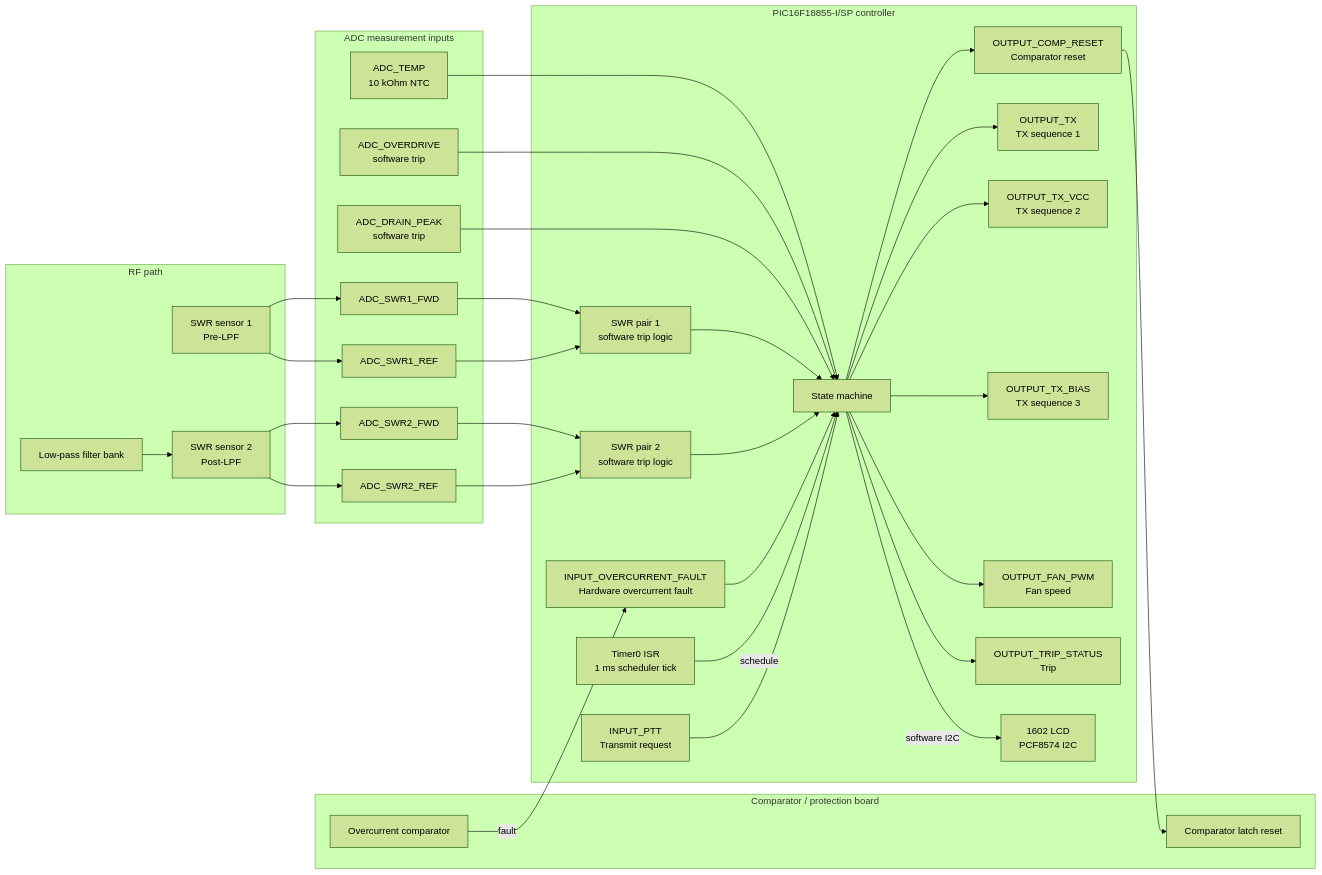
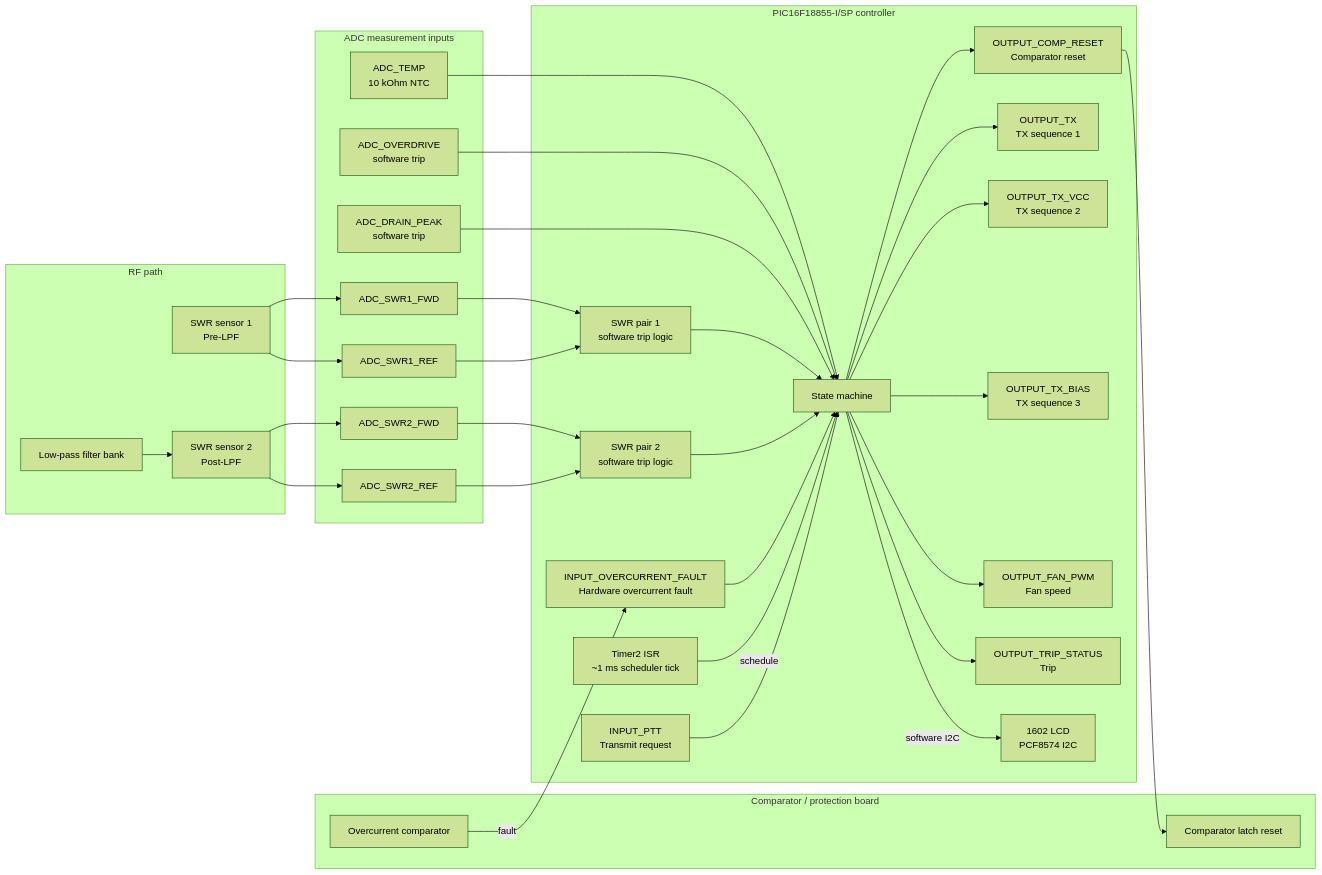
The diagram in README.md (sjk7/PicAmpControl), drawn with Mermaid (forest theme) before and after one commit. The commit also changed other lines of this file and 5 other files, not shown here.

Commit message:
Synchronize docs diagrams and scenario traces

````diff
--- a/README.md
+++ b/README.md
@@ -47,69 +51,69 @@
 ```mermaid
 flowchart LR
     subgraph RF["RF path"]
         PRE["SWR sensor 1\nPre-LPF"]
         FILTER["Low-pass filter bank"]
         POST["SWR sensor 2\nPost-LPF"]
     end
 
     subgraph ADC["ADC measurement inputs"]
         PRE_FWD["ADC_SWR1_FWD"]
         PRE_REF["ADC_SWR1_REF"]
         POST_FWD["ADC_SWR2_FWD"]
         POST_REF["ADC_SWR2_REF"]
         TEMP["ADC_TEMP\n10 kOhm NTC"]
         OVERDRIVE["ADC_OVERDRIVE\nsoftware trip"]
         DRAIN_ADC["ADC_DRAIN_PEAK\nsoftware trip"]
     end
 
     subgraph ComparatorBoard["Comparator / protection board"]
         OC["Overcurrent comparator"]
         COMP_RESET["Comparator latch reset"]
     end
 
     subgraph MCU["PIC16F18855-I/SP controller"]
         PTT["INPUT_PTT\nTransmit request"]
         RESET["OUTPUT_COMP_RESET\nComparator reset"]
         HARD["INPUT_OVERCURRENT_FAULT\nHardware overcurrent fault"]
-        TICK["Timer0 ISR\n1 ms scheduler tick"]
+        TICK["Timer2 ISR\n~1 ms scheduler tick"]
         STATE["State machine"]
         SWR1["SWR pair 1\nsoftware trip logic"]
         SWR2["SWR pair 2\nsoftware trip logic"]
         TX["OUTPUT_TX\nTX sequence 1"]
         TXVCC["OUTPUT_TX_VCC\nTX sequence 2"]
         TXBIAS["OUTPUT_TX_BIAS\nTX sequence 3"]
         FAN["OUTPUT_FAN_PWM\nFan speed"]
         TRIP["OUTPUT_TRIP_STATUS\nTrip"]
         LCD["1602 LCD\nPCF8574 I2C"]
     end
 
     PRE --> PRE_FWD
     PRE --> PRE_REF
     FILTER --> POST
     POST --> POST_FWD
     POST --> POST_REF
 
     PRE_FWD --> SWR1
     PRE_REF --> SWR1
     POST_FWD --> SWR2
     POST_REF --> SWR2
     TEMP --> STATE
     OVERDRIVE --> STATE
     DRAIN_ADC --> STATE
 
     SWR1 --> STATE
     SWR2 --> STATE
     OC -->|fault| HARD
     HARD --> STATE
     TICK -->|schedule| STATE
 
     PTT --> STATE
     STATE --> RESET
     RESET --> COMP_RESET
     STATE --> TX
     STATE --> TXVCC
     STATE --> TXBIAS
     STATE --> FAN
     STATE --> TRIP
     STATE -->|software I2C| LCD
 ```
````
